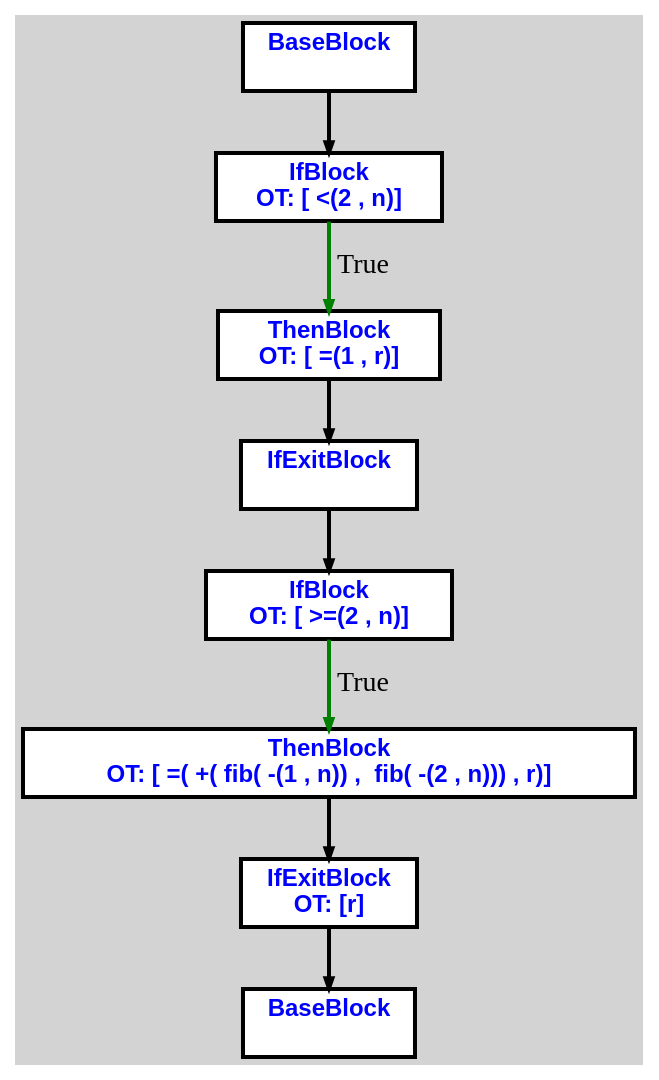
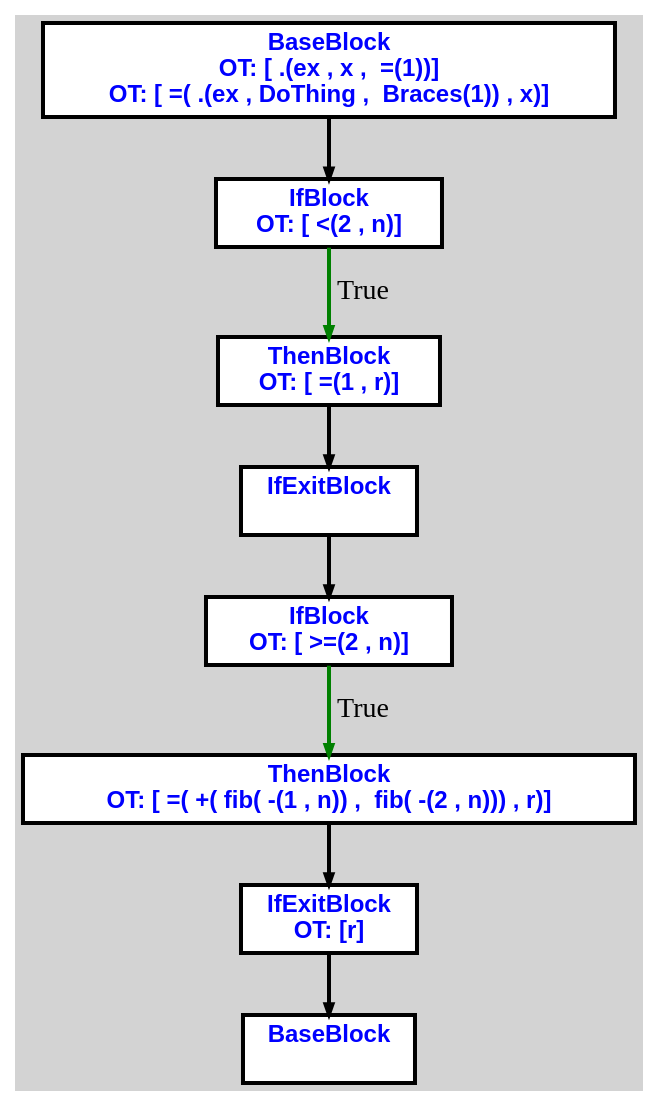
The diagram in cpoCompilerWin/input2.txt.fib.dot (aveen007/CountingMonkeys), drawn with Graphviz before and after one commit. The commit also changed 20 other files, not shown here.

```diff
--- a/cpoCompilerWin/input2.txt.fib.dot
+++ b/cpoCompilerWin/input2.txt.fib.dot
@@ -1,27 +1,29 @@
 digraph G {
 ordering=out;
 ranksep=.4;
 bgcolor="lightgrey";  node [shape=box, fixedsize=false, fontsize=12, fontname="Helvetica-bold", fontcolor="blue"
 width=.25, height=.25, color="black", fillcolor="white", style="filled, solid, bold"];
 
-edge [arrowsize=.5, color="black", style="bold"]    n00001210C42A3200 [label="BaseBlock\n "]
-    n00001210C42A33E0 [label="IfBlock\n OT: [ <(2 , n)]
+edge [arrowsize=.5, color="black", style="bold"]    n00001304F79234A0 [label="BaseBlock\n OT: [ .(ex , x ,  =(1))]
+OT: [ =( .(ex , DoThing ,  Braces(1)) , x)]
 "]
-    n00001210C42A3200 -> n00001210C42A33E0
-    n00001210C42A33E0 -> n00001210C42A3440 [label="True" color="green"]
-    n00001210C42A3440 [label="ThenBlock\n OT: [ =(1 , r)]
+    n00001304F79236E0 [label="IfBlock\n OT: [ <(2 , n)]
 "]
-    n00001210C42A34A0 [label="IfExitBlock\n "]
-    n00001210C42A3440 -> n00001210C42A34A0
-    n00001210C42A3500 [label="IfBlock\n OT: [ >=(2 , n)]
+    n00001304F79234A0 -> n00001304F79236E0
+    n00001304F79236E0 -> n00001304F7923740 [label="True" color="green"]
+    n00001304F7923740 [label="ThenBlock\n OT: [ =(1 , r)]
 "]
-    n00001210C42A34A0 -> n00001210C42A3500
-    n00001210C42A3500 -> n00001210C42A3560 [label="True" color="green"]
-    n00001210C42A3560 [label="ThenBlock\n OT: [ =( +( fib( -(1 , n)) ,  fib( -(2 , n))) , r)]
+    n00001304F79237A0 [label="IfExitBlock\n "]
+    n00001304F7923740 -> n00001304F79237A0
+    n00001304F7923800 [label="IfBlock\n OT: [ >=(2 , n)]
 "]
-    n00001210C42A35C0 [label="IfExitBlock\n OT: [r]
+    n00001304F79237A0 -> n00001304F7923800
+    n00001304F7923800 -> n00001304F7923860 [label="True" color="green"]
+    n00001304F7923860 [label="ThenBlock\n OT: [ =( +( fib( -(1 , n)) ,  fib( -(2 , n))) , r)]
 "]
-    n00001210C42A3560 -> n00001210C42A35C0
-    n00001210C42A3620 [label="BaseBlock\n "]
-    n00001210C42A35C0 -> n00001210C42A3620
+    n00001304F79238C0 [label="IfExitBlock\n OT: [r]
+"]
+    n00001304F7923860 -> n00001304F79238C0
+    n00001304F7923920 [label="BaseBlock\n "]
+    n00001304F79238C0 -> n00001304F7923920
 }
```
